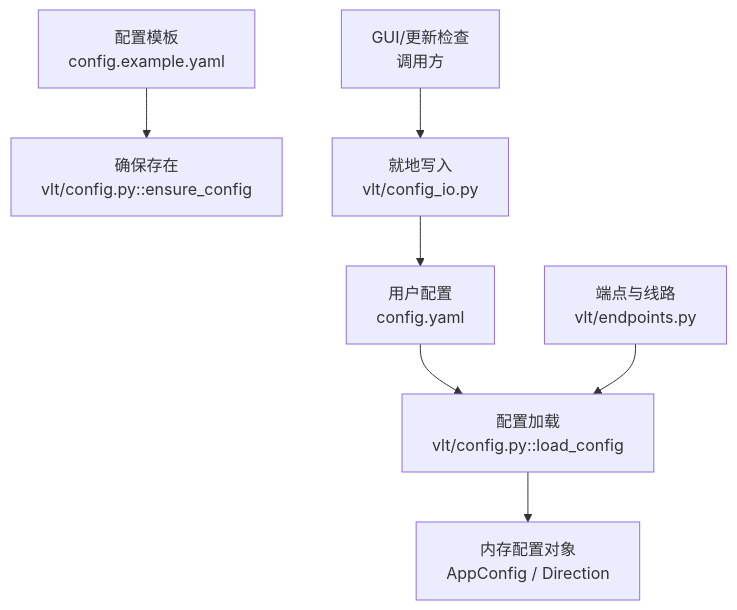
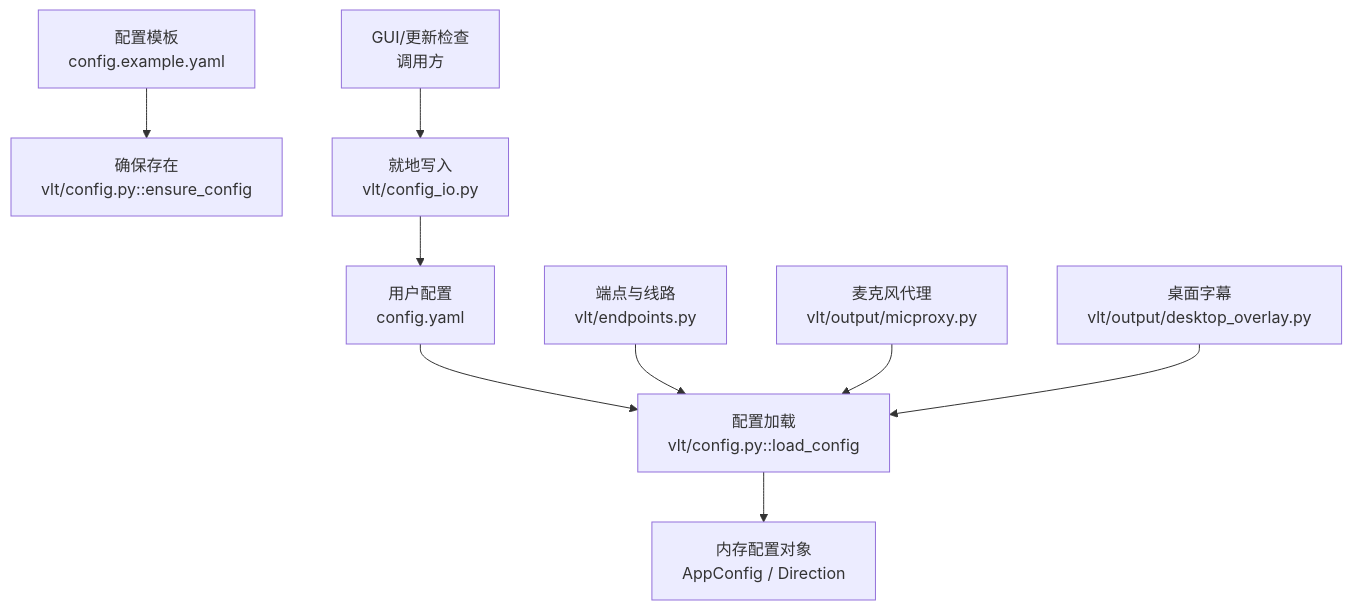
The first of 10 diagrams in .qoder/repowiki/zh/content/配置管理系统.md (EMeowAGENT/vrchat-livetranslate), drawn with Mermaid before and after one commit. The commit also changed other lines of this file and 75 other files, not shown here.

````diff
--- a/.qoder/repowiki/zh/content/配置管理系统.md
+++ b/.qoder/repowiki/zh/content/配置管理系统.md
@@ -47,9 +58,11 @@
 ```mermaid
 graph TB
 A["用户配置<br/>config.yaml"] --> B["配置加载<br/>vlt/config.py::load_config"]
 C["配置模板<br/>config.example.yaml"] --> D["确保存在<br/>vlt/config.py::ensure_config"]
 E["端点与线路<br/>vlt/endpoints.py"] --> B
 F["GUI/更新检查<br/>调用方"] --> G["就地写入<br/>vlt/config_io.py"]
 G --> A
 B --> H["内存配置对象<br/>AppConfig / Direction"]
+I["麦克风代理<br/>vlt/output/micproxy.py"] --> B
+J["桌面字幕<br/>vlt/output/desktop_overlay.py"] --> B
 ```
````
